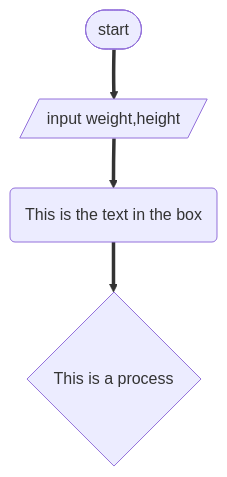
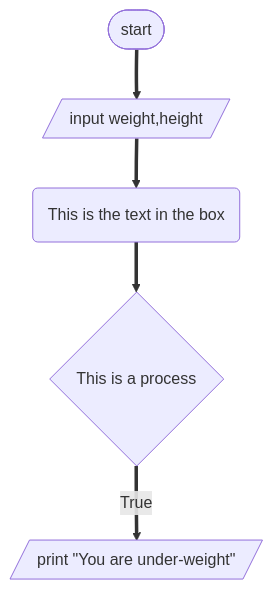
One commit to SWEG-2016EC-Batch/The-5-Bits changed the diagram in ETS0831_Kidus_Tessema/BMI_calculator.md. Above: the diagram before and after it, drawn with Mermaid.

````diff
--- a/ETS0831_Kidus_Tessema/BMI_calculator.md
+++ b/ETS0831_Kidus_Tessema/BMI_calculator.md
@@ -40,10 +40,12 @@
 ```mermaid
 flowchart TD
 id1([start])
 id1 ==> id2[/input weight,height/]
 id2 ==>  id3(This is the text in the box)
-id3 ==> id4{This is a process}
+id3 ==> id4a{This is a process}
+id4a == True ==> id5a[/print "You are under-weight"/]
+
 
 
 
 ```
````
